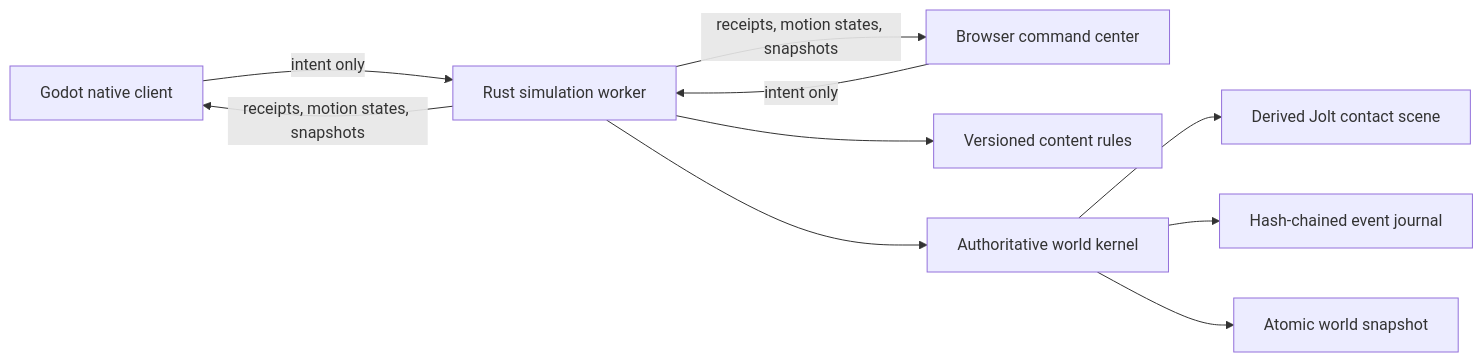
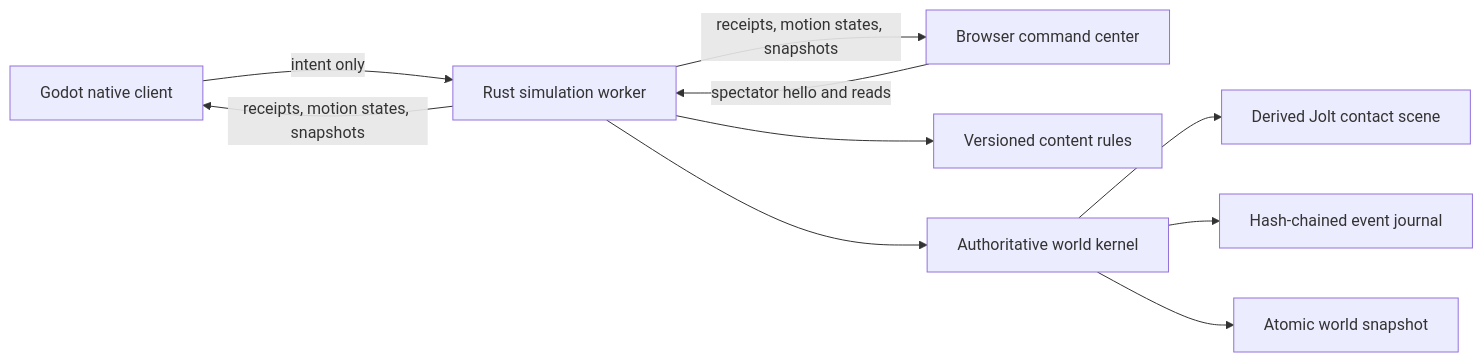
Before and after one commit to Bittrees-Technology/the-verse: the diagram in docs/architecture/p0-implementation.md, drawn with Mermaid. The commit also changed other lines of this file and 11 other files, not shown here.

````diff
--- a/docs/architecture/p0-implementation.md
+++ b/docs/architecture/p0-implementation.md
@@ -9,12 +9,12 @@
 ```mermaid
 flowchart LR
     Native["Godot native client"] -->|"intent only"| Worker["Rust simulation worker"]
-    Browser["Browser command center"] -->|"intent only"| Worker
+    Browser["Browser command center"] -->|"spectator hello and reads"| Worker
     Worker --> Rules["Versioned content rules"]
     Worker --> Kernel["Authoritative world kernel"]
     Kernel --> Jolt["Derived Jolt contact scene"]
     Kernel --> Journal["Hash-chained event journal"]
     Kernel --> Snapshot["Atomic world snapshot"]
     Worker -->|"receipts, motion states, snapshots"| Native
     Worker -->|"receipts, motion states, snapshots"| Browser
 ```
````
